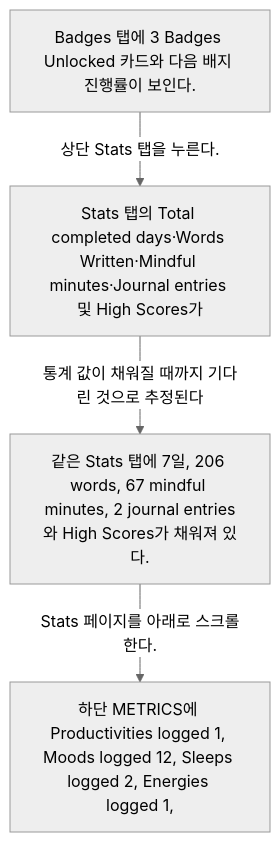
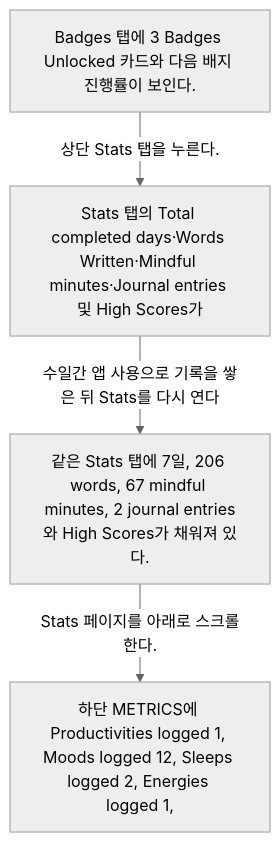
Before and after one commit to Dev-Corgi/Stoic-Build-Clone-Test: the diagram in docs/Stoic/flows/stats-57119b1d/README.md, drawn with Mermaid (neutral theme). The commit also changed other lines of this file and 23 other files, not shown here.

Commit message:
docs: verify Stoic flows with user-confirmed transitions

````diff
--- a/docs/Stoic/flows/stats-57119b1d/README.md
+++ b/docs/Stoic/flows/stats-57119b1d/README.md
@@ -8,10 +8,10 @@
 ```mermaid
 flowchart TD
   S1["Badges 탭에 3 Badges Unlocked 카드와 다음 배지 진행률이 보인다."]
   S1 -->|상단 Stats 탭을 누른다.| S2
   S2["Stats 탭의 Total completed days·Words Written·Mindful minutes·Journal entries 및 High Scores가"]
-  S2 -->|통계 값이 채워질 때까지 기다린 것으로 추정된다| S3
+  S2 -->|수일간 앱 사용으로 기록을 쌓은 뒤 Stats를 다시 연다| S3
   S3["같은 Stats 탭에 7일, 206 words, 67 mindful minutes, 2 journal entries와 High Scores가 채워져 있다."]
   S3 -->|Stats 페이지를 아래로 스크롤한다.| S4
   S4["하단 METRICS에 Productivities logged 1, Moods logged 12, Sleeps logged 2, Energies logged 1, "]
 ```
````
